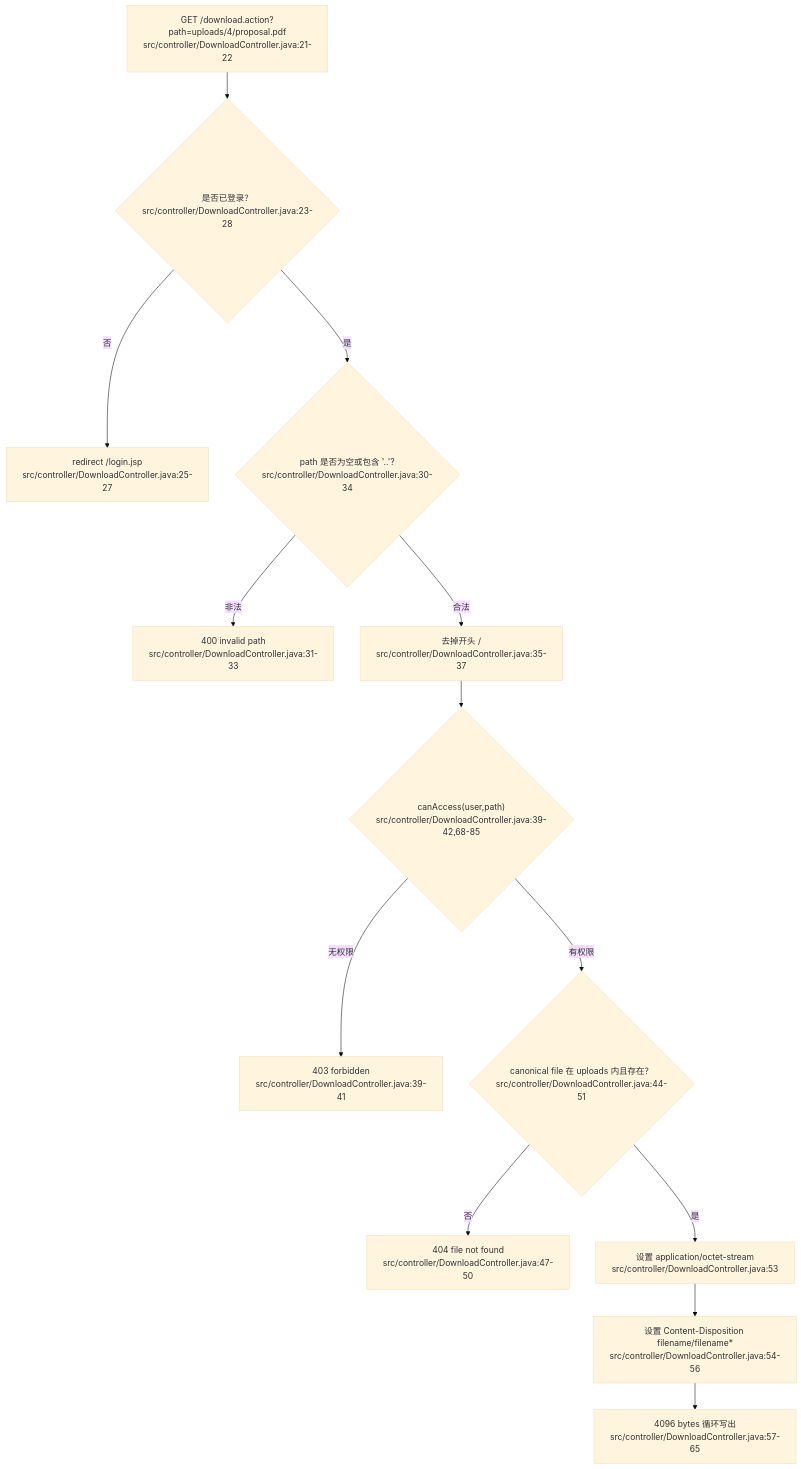
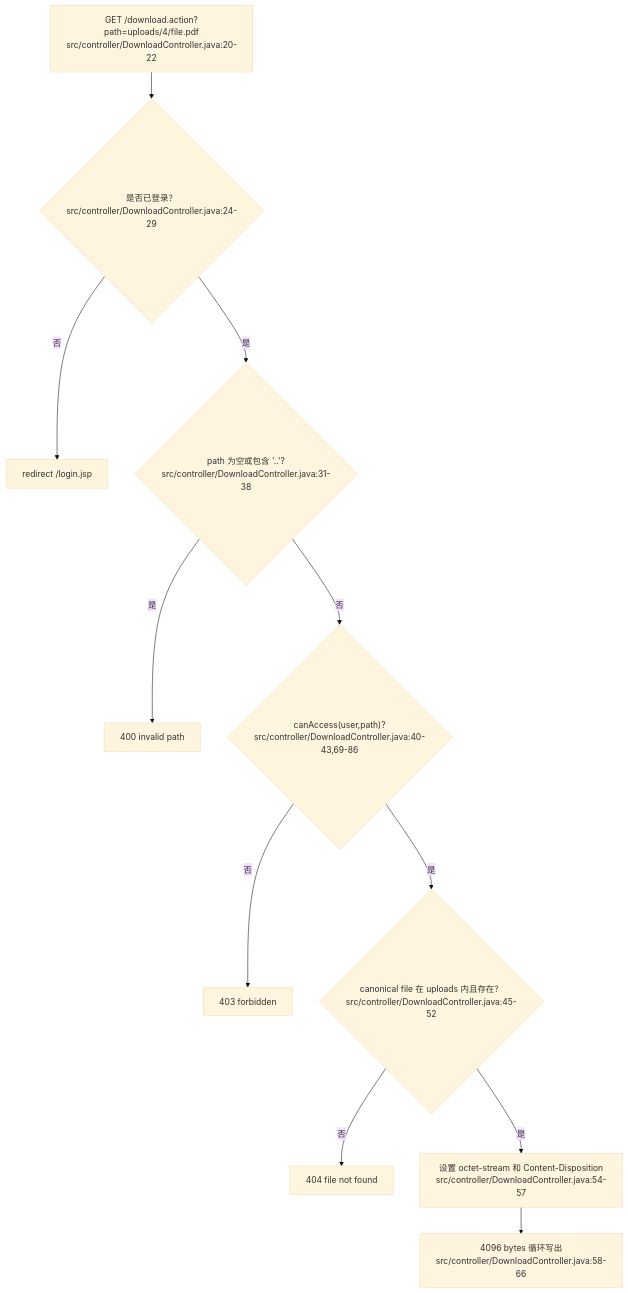
Before and after one commit to guangxiangdebizi/graduation-design-management-system: the seventh of 11 diagrams in docs/网络数据流详解/parts/03-document-upload-download.md, drawn with Mermaid (base theme). The commit also changed other lines of this file and 8 other files, not shown here.

First line of the commit message:
refactor project documentation and enhance network data flow details

````diff
--- a/docs/网络数据流详解/parts/03-document-upload-download.md
+++ b/docs/网络数据流详解/parts/03-document-upload-download.md
@@ -506,15 +332,13 @@
 ```mermaid
 flowchart TD
-    A["GET /download.action?path=uploads/4/proposal.pdf<br/>src/controller/DownloadController.java:21-22"] --> B{"是否已登录？<br/>src/controller/DownloadController.java:23-28"}
-    B -- "否" --> C["redirect /login.jsp<br/>src/controller/DownloadController.java:25-27"]
-    B -- "是" --> D{"path 是否为空或包含 '..'?<br/>src/controller/DownloadController.java:30-34"}
-    D -- "非法" --> E["400 invalid path<br/>src/controller/DownloadController.java:31-33"]
-    D -- "合法" --> F["去掉开头 /<br/>src/controller/DownloadController.java:35-37"]
-    F --> G{"canAccess(user,path)<br/>src/controller/DownloadController.java:39-42,68-85"}
-    G -- "无权限" --> H["403 forbidden<br/>src/controller/DownloadController.java:39-41"]
-    G -- "有权限" --> I{"canonical file 在 uploads 内且存在？<br/>src/controller/DownloadController.java:44-51"}
-    I -- "否" --> J["404 file not found<br/>src/controller/DownloadController.java:47-50"]
-    I -- "是" --> K["设置 application/octet-stream<br/>src/controller/DownloadController.java:53"]
-    K --> L["设置 Content-Disposition filename/filename*<br/>src/controller/DownloadController.java:54-56"]
-    L --> M["4096 bytes 循环写出<br/>src/controller/DownloadController.java:57-65"]
+    A["GET /download.action?path=uploads/4/file.pdf<br/>src/controller/DownloadController.java:20-22"] --> B{"是否已登录？<br/>src/controller/DownloadController.java:24-29"}
+    B -- "否" --> C["redirect /login.jsp"]
+    B -- "是" --> D{"path 为空或包含 '..'?<br/>src/controller/DownloadController.java:31-38"}
+    D -- "是" --> E["400 invalid path"]
+    D -- "否" --> F{"canAccess(user,path)?<br/>src/controller/DownloadController.java:40-43,69-86"}
+    F -- "否" --> G["403 forbidden"]
+    F -- "是" --> H{"canonical file 在 uploads 内且存在？<br/>src/controller/DownloadController.java:45-52"}
+    H -- "否" --> I["404 file not found"]
+    H -- "是" --> J["设置 octet-stream 和 Content-Disposition<br/>src/controller/DownloadController.java:54-57"]
+    J --> K["4096 bytes 循环写出<br/>src/controller/DownloadController.java:58-66"]
 ```
````
